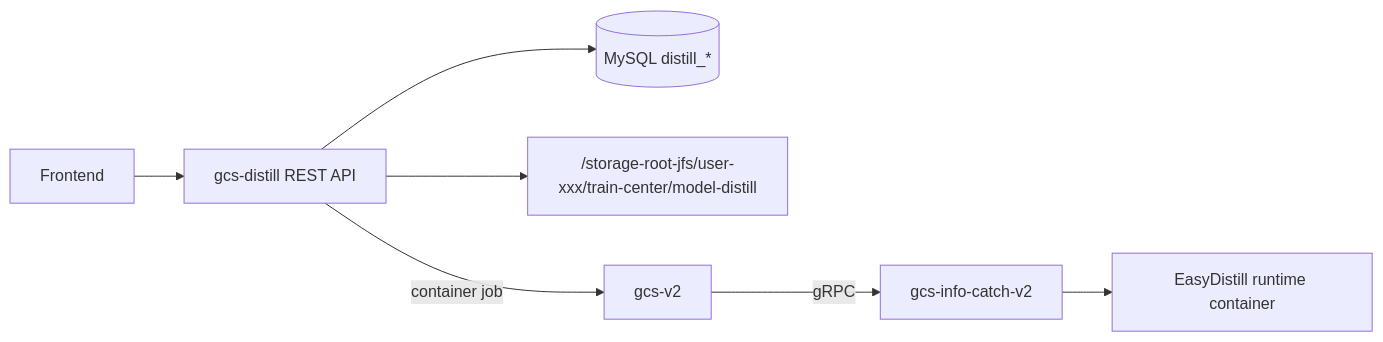
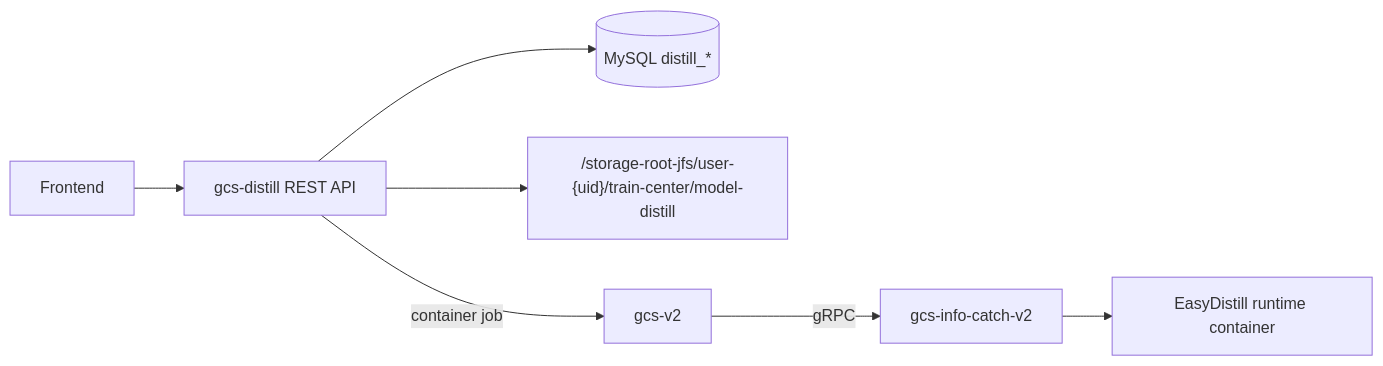
Before and after one commit to ReyRen/gcs-distill: the diagram in docs/frontend-integration-handoff.md, drawn with Mermaid. The commit also changed other lines of this file and 28 other files, not shown here.

Commit message:
Add uid-based distill storage paths

````diff
--- a/docs/frontend-integration-handoff.md
+++ b/docs/frontend-integration-handoff.md
@@ -27,9 +44,9 @@
 ```mermaid
 flowchart LR
     FE["Frontend"] --> DS["gcs-distill REST API"]
     DS --> DB[(MySQL distill_*)]
-    DS --> FS["/storage-root-jfs/user-xxx/train-center/model-distill"]
+    DS --> FS["/storage-root-jfs/user-{uid}/train-center/model-distill"]
     DS -->|"container job"| GCS["gcs-v2"]
     GCS -->|"gRPC"| Worker["gcs-info-catch-v2"]
     Worker --> Runtime["EasyDistill runtime container"]
 ```
````
